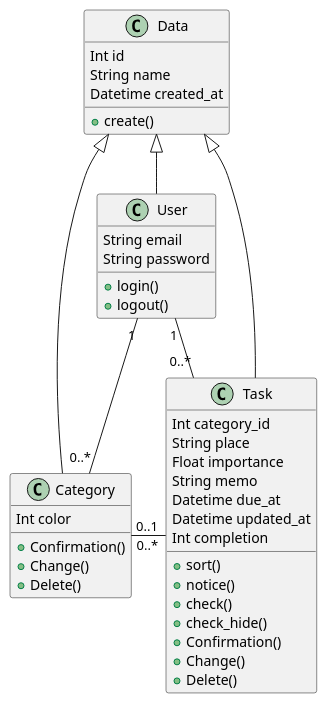
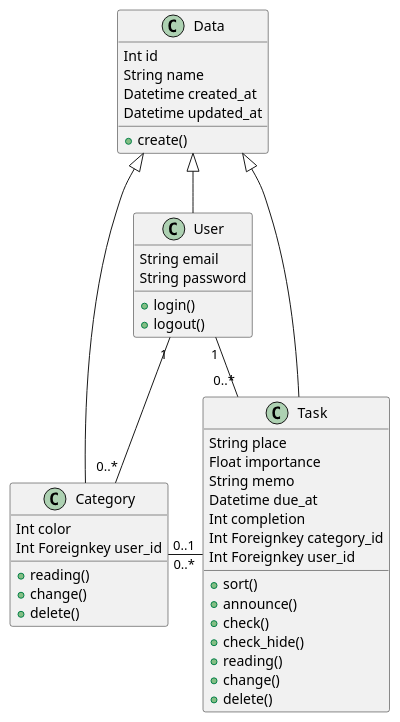
One commit to A20-1409komaki/java_sample changed the diagram in docs/classzu.puml. Above: the diagram before and after it, drawn with PlantUML.

Commit message:
クラス図を編集しました。

```diff
--- a/docs/classzu.puml
+++ b/docs/classzu.puml
@@ -1,54 +1,56 @@
 @startuml
 
 class Data{
     Int id
     String name
     Datetime created_at
+    Datetime updated_at
 
     + create()
 
 }
 
 class User{
     String email
     String password
 
     + login()
     + logout()
 }
 
 class Category{
     Int color
+    Int Foreignkey user_id
 
-    + Confirmation()
-    + Change()
-    + Delete()
+    + reading()
+    + change()
+    + delete()
 
 }
 
 class Task{
-    Int category_id
     String place
     Float importance
     String memo
     Datetime due_at
-    Datetime updated_at
     Int completion
+    Int Foreignkey category_id
+    Int Foreignkey user_id
 
     + sort()
-    + notice()
+    + announce()
     + check()
     + check_hide()
-    + Confirmation()
-    + Change()
-    + Delete()
+    + reading()
+    + change()
+    + delete()
 }
 
 Data <|-- User
 Data <|-- Task
 Data <|-- Category
 User "1" -- "0..*" Task
 Category "0..1" - "0..*" Task
 User "1" -- "0..*" Category
 
 @enduml
```
